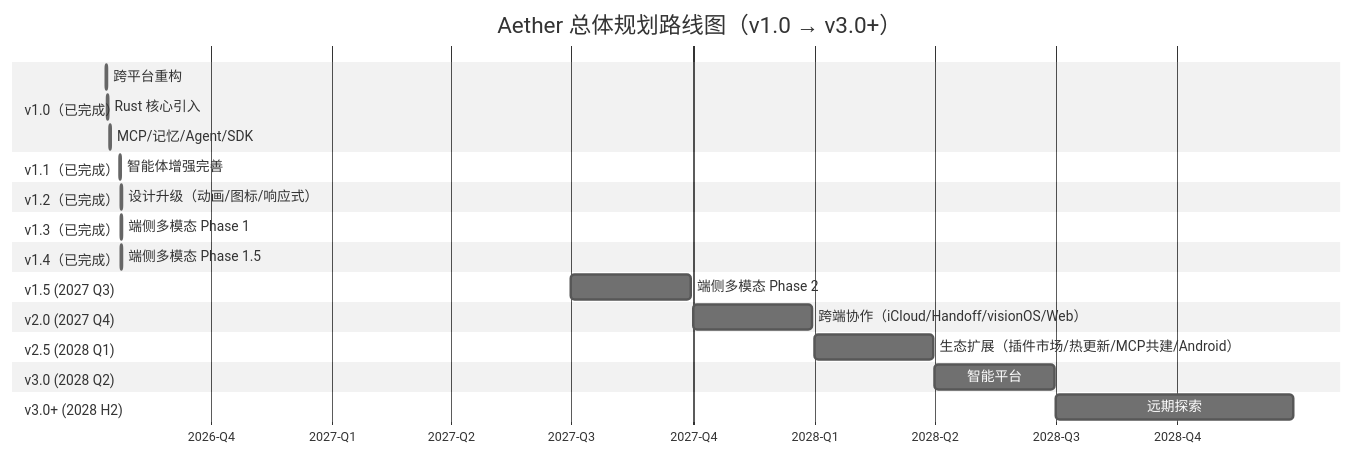
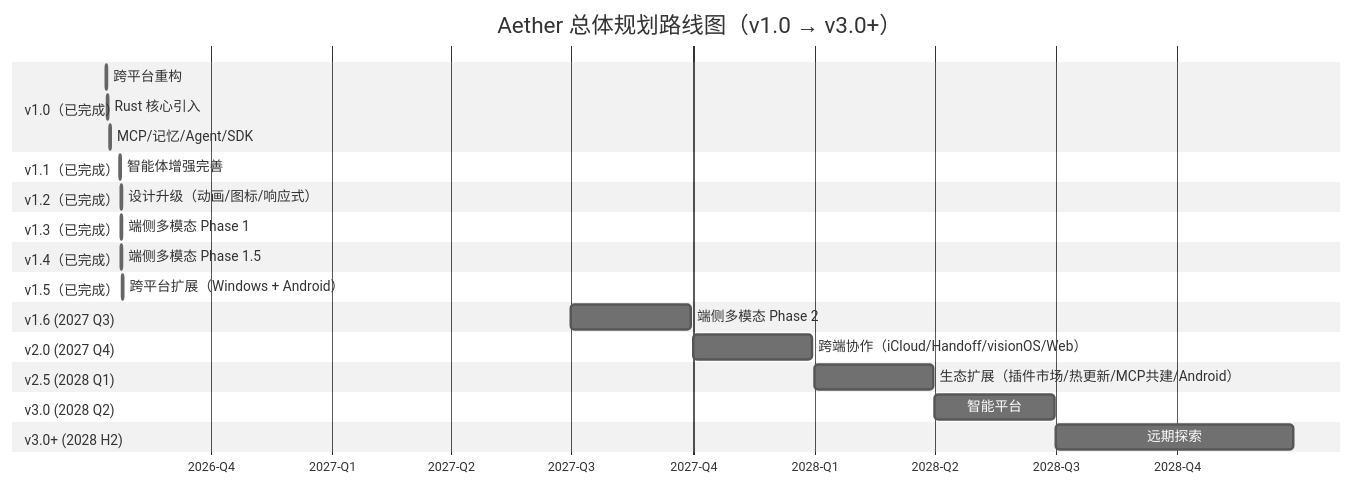
One commit to luosicx/Aether changed the first of 22 diagrams in doc/MASTER_PLAN.md. Above: the diagram before and after it, drawn with Mermaid (neutral theme). The commit also changed other lines of this file and 12 other files, not shown here.

First line of the commit message:
docs(v1.5): 全面整理文档，新增 Windows + Android 跨平台扩展章节

````diff
--- a/doc/MASTER_PLAN.md
+++ b/doc/MASTER_PLAN.md
@@ -111,38 +112,41 @@
 ```mermaid
 gantt
     title Aether 总体规划路线图（v1.0 → v3.0+）
     dateFormat YYYY-MM-DD
     axisFormat %Y-Q%q
 
     section v1.0（已完成）
     跨平台重构              :done, v10a, 2026-07-14, 1d
     Rust 核心引入           :done, v10b, 2026-07-15, 1d
     MCP/记忆/Agent/SDK      :done, v10c, 2026-07-17, 1d
 
     section v1.1（已完成）
     智能体增强完善           :done, v11, 2026-07-24, 1d
 
     section v1.2（已完成）
     设计升级（动画/图标/响应式） :done, v12, 2026-07-25, 1d
 
     section v1.3（已完成）
     端侧多模态 Phase 1       :done, v13, 2026-07-25, 1d
 
     section v1.4（已完成）
     端侧多模态 Phase 1.5     :done, v14, 2026-07-25, 1d
 
-    section v1.5 (2027 Q3)
-    端侧多模态 Phase 2       :v15, 2027-07-01, 90d
+    section v1.5（已完成）
+    跨平台扩展（Windows + Android） :done, v15a, 2026-07-26, 1d
+
+    section v1.6 (2027 Q3)
+    端侧多模态 Phase 2       :v16, 2027-07-01, 90d
 
     section v2.0 (2027 Q4)
     跨端协作（iCloud/Handoff/visionOS/Web） :v20, 2027-10-01, 90d
 
     section v2.5 (2028 Q1)
     生态扩展（插件市场/热更新/MCP共建/Android） :v25, 2028-01-01, 90d
 
     section v3.0 (2028 Q2)
     智能平台                :v30, 2028-04-01, 90d
 
     section v3.0+ (2028 H2)
     远期探索                :v3p, 2028-07-01, 180d
 ```
````
